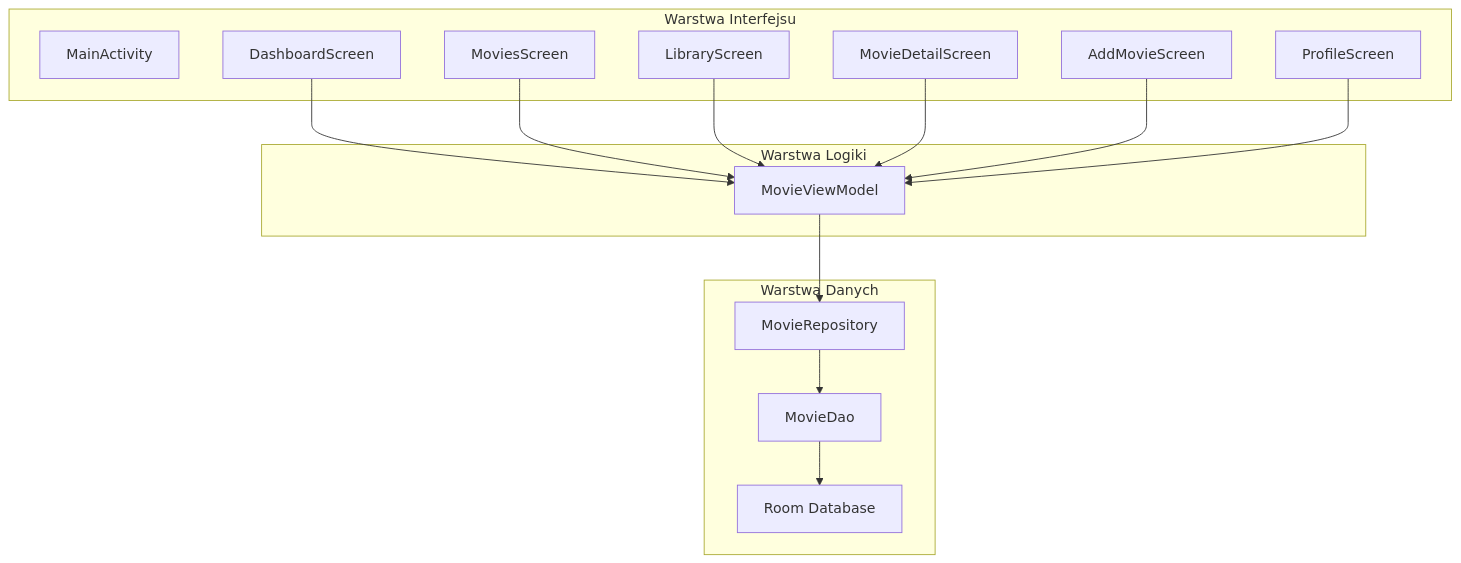
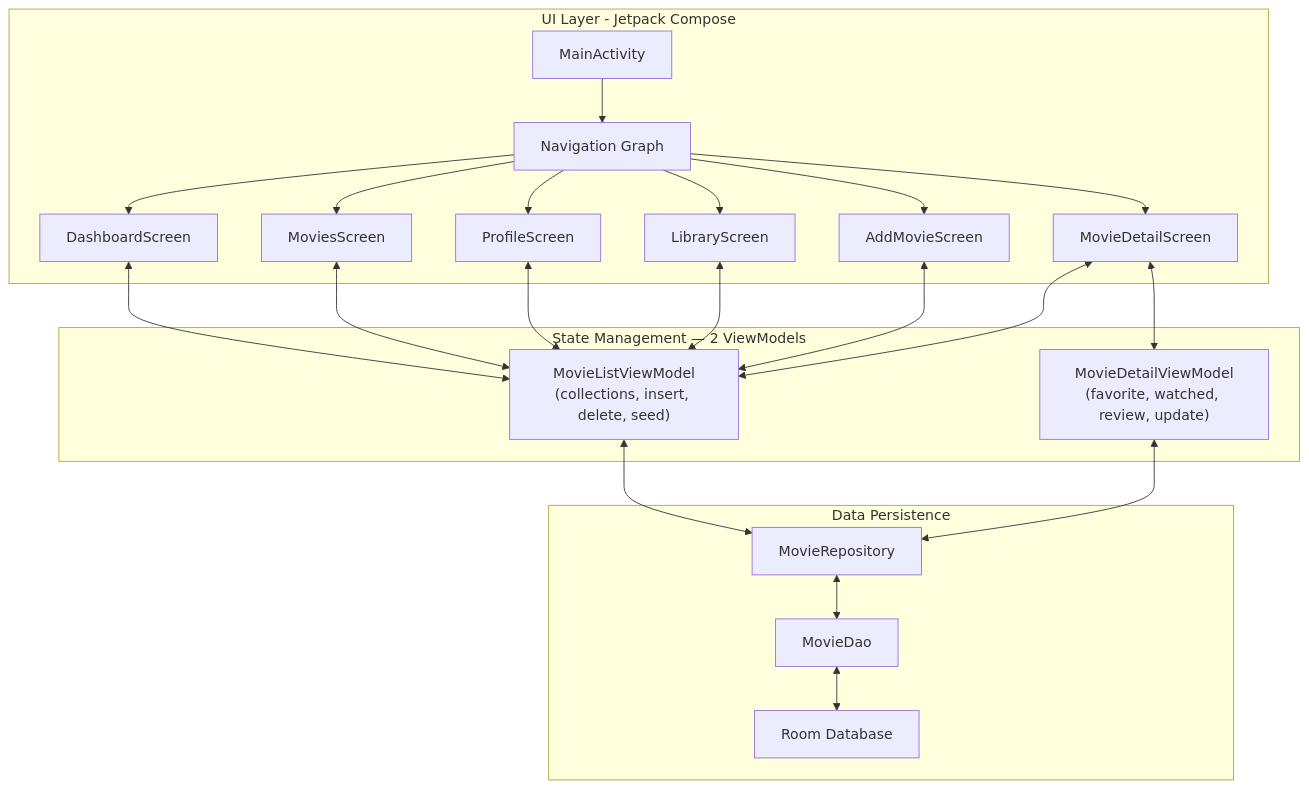
The first of 2 diagrams in README.md (patrykspace/Cine-log), drawn with Mermaid before and after one commit. The commit also changed other lines of this file and 10 other files, not shown here.

Commit message:
Refactor: Split MovieViewModel into MovieListViewModel and MovieDetailViewModel, fix backstack navigation loop, and update README

````diff
--- a/README.md
+++ b/README.md
@@ -16,33 +16,30 @@
 ```mermaid
 graph TD
-    subgraph UI [Warstwa Interfejsu]
-        A[MainActivity]
-        B[DashboardScreen]
-        C[MoviesScreen]
-        D[LibraryScreen]
-        E[MovieDetailScreen]
-        F[AddMovieScreen]
-        G[ProfileScreen]
+    subgraph UI_Layer [UI Layer - Jetpack Compose]
+        A[MainActivity] --> B[Navigation Graph]
+        B --> C[DashboardScreen]
+        B --> D[MoviesScreen]
+        B --> E[ProfileScreen]
+        B --> F[MovieDetailScreen]
+        B --> G2[LibraryScreen]
+        B --> G3[AddMovieScreen]
     end
 
-    subgraph ViewModel [Warstwa Logiki]
-        H[MovieViewModel]
+    subgraph Logic_Layer [State Management — 2 ViewModels]
+        G["MovieListViewModel\n(collections, insert, delete, seed)"]
+        G1["MovieDetailViewModel\n(favorite, watched, review, update)"]
     end
 
-    subgraph Data [Warstwa Danych]
-        I[MovieRepository]
+    subgraph Data_Layer [Data Persistence]
+        H[MovieRepository]
+        I[Room Database]
         J[MovieDao]
-        K[Room Database]
     end
 
-    B --> H
-    C --> H
-    D --> H
-    E --> H
-    F --> H
-    G --> H
-
-    H --> I
-    I --> J
-    J --> K
+    C & D & E & G2 & G3 <--> G
+    F <--> G
+    F <--> G1
+    G & G1 <--> H
+    H <--> J
+    J <--> I
 ```
````
